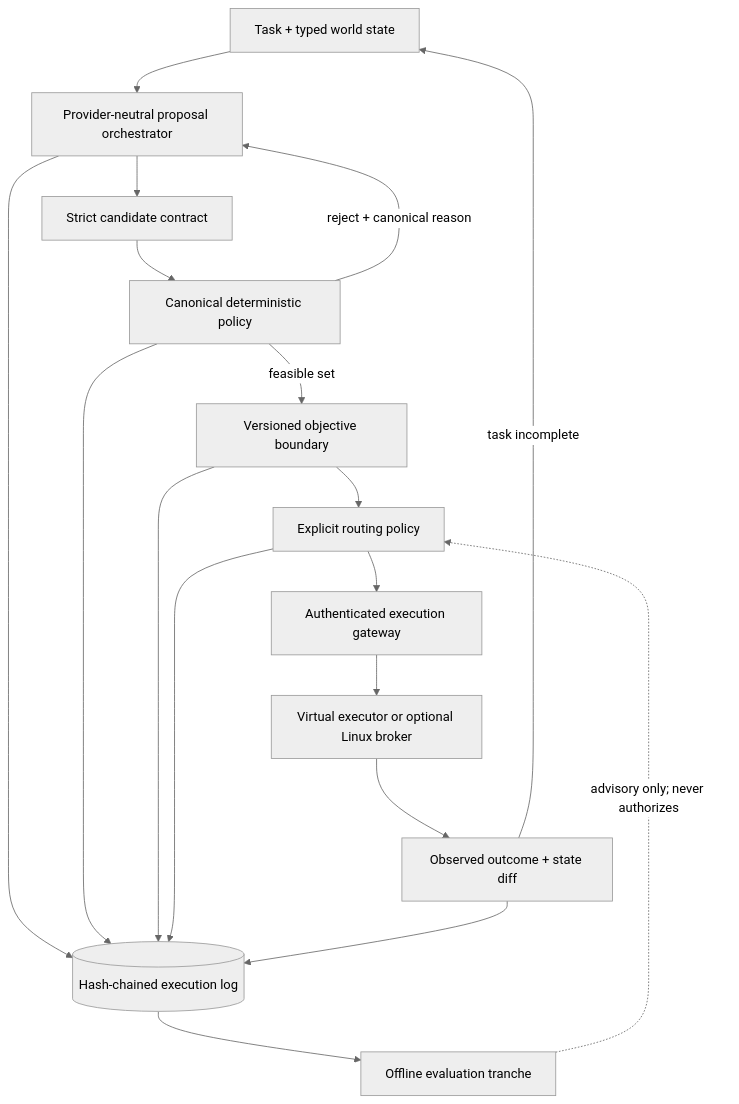
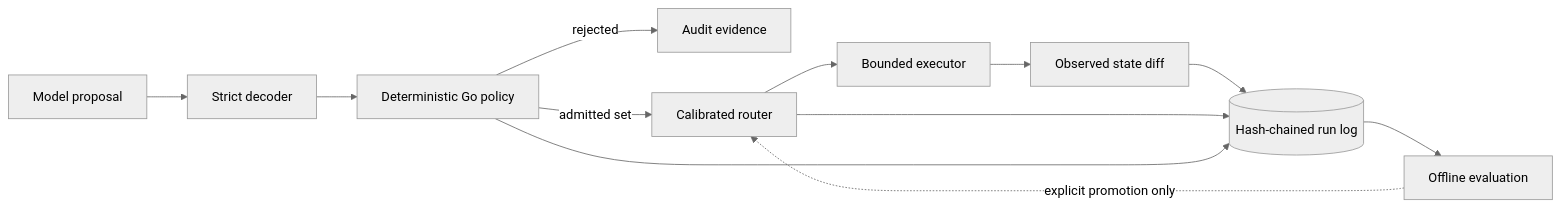
Before and after one commit to darshgarg7/Bouncer: the diagram in README.md, drawn with Mermaid (neutral theme). The commit also changed other lines of this file and 28 other files, not shown here.

````diff
--- a/README.md
+++ b/README.md
@@ -27,21 +75,14 @@
 ```mermaid
-flowchart TD
-    S["Task + typed world state"] --> O["Provider-neutral proposal orchestrator"]
-    O --> C["Strict candidate contract"]
-    C --> P["Canonical deterministic policy"]
-    P -->|"reject + canonical reason"| O
-    P -->|"feasible set"| K["Versioned objective boundary"]
-    K --> R["Explicit routing policy"]
-    R --> G["Authenticated execution gateway"]
-    G --> W["Virtual executor or optional Linux broker"]
-    W --> D["Observed outcome + state diff"]
-    D -->|"task incomplete"| S
-
-    O --> L[("Hash-chained execution log")]
+flowchart LR
+    M["Model proposal"] --> D["Strict decoder"]
+    D --> P["Deterministic Go policy"]
+    P -->|"rejected"| A["Audit evidence"]
+    P -->|"admitted set"| R["Calibrated router"]
+    R --> E["Bounded executor"]
+    E --> V["Observed state diff"]
+    V --> L[("Hash-chained run log")]
+    R --> L
     P --> L
-    K --> L
-    R --> L
-    D --> L
-    L --> X["Offline evaluation tranche"]
-    X -. "advisory only; never authorizes" .-> R
+    L --> O["Offline evaluation"]
+    O -. "explicit promotion only" .-> R
 ```
````
